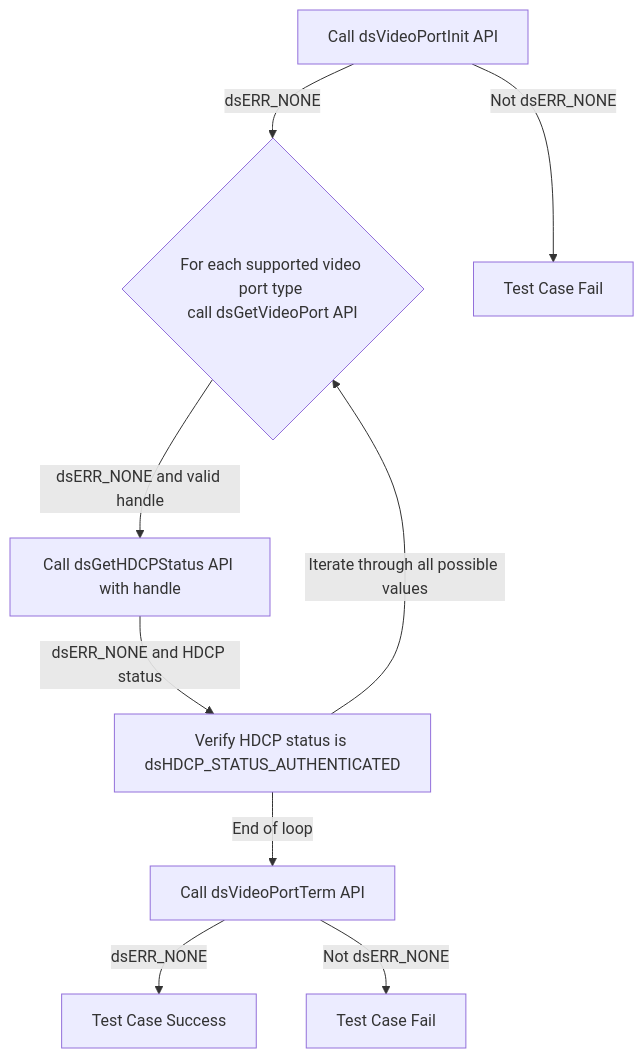
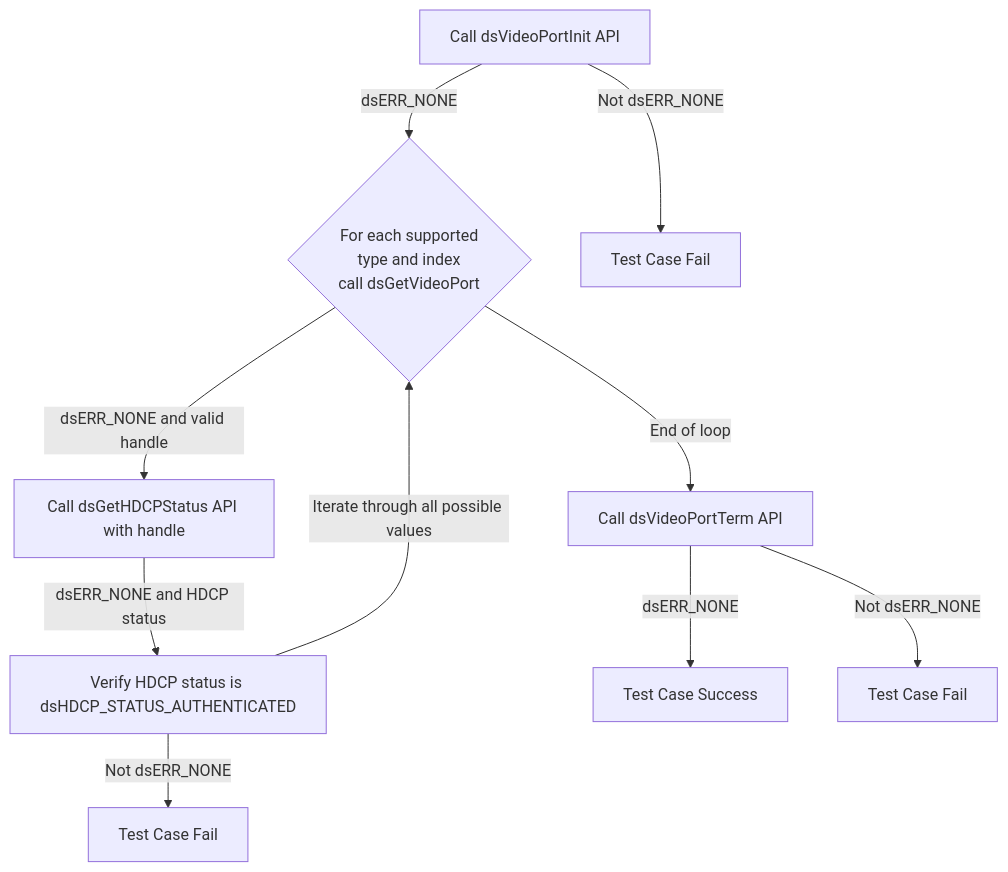
Before and after one commit to rdkcentral/rdk-halif-test-device_settings: the seventh of 15 diagrams in docs/pages/ds-video-port_L2_Low-Level_TestSpecification.md, drawn with Mermaid. The commit also changed other lines of this file and 13 other files, not shown here.

Commit message:
gh #14 Update test case and configuration

````diff
--- a/docs/pages/ds-video-port_L2_Low-Level_TestSpecification.md
+++ b/docs/pages/ds-video-port_L2_Low-Level_TestSpecification.md
@@ -329,11 +329,12 @@
 ```mermaid
 graph TB
-    A[Call dsVideoPortInit API] -->|dsERR_NONE|B{For each supported video port type <br>call dsGetVideoPort API}
+    A[Call dsVideoPortInit API] -->|dsERR_NONE|B{For each supported<br> type and index <br> call dsGetVideoPort}
     A -->|Not dsERR_NONE|A1[Test Case Fail]
     B -->|dsERR_NONE and valid handle|C[Call dsGetHDCPStatus API with handle]
     C -->|dsERR_NONE and HDCP status|D[Verify HDCP status is dsHDCP_STATUS_AUTHENTICATED]
+    D -->|Not dsERR_NONE|E2[Test Case Fail]
     D -->|Iterate through all possible values|B
-    D -->|End of loop|E[Call dsVideoPortTerm API]
+    B -->|End of loop|E[Call dsVideoPortTerm API]
     E -->|dsERR_NONE|F[Test Case Success]
     E -->|Not dsERR_NONE|E1[Test Case Fail]
 ```
````
